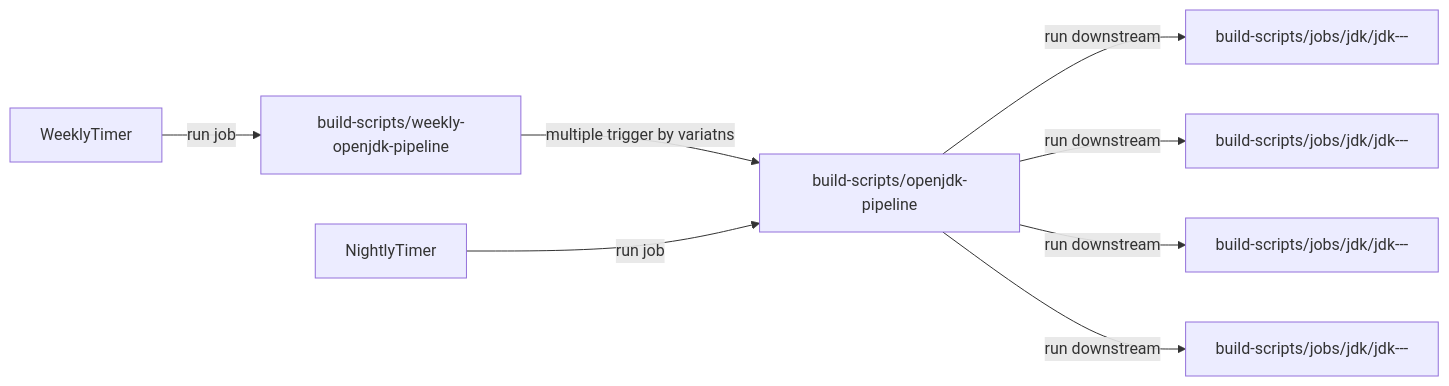
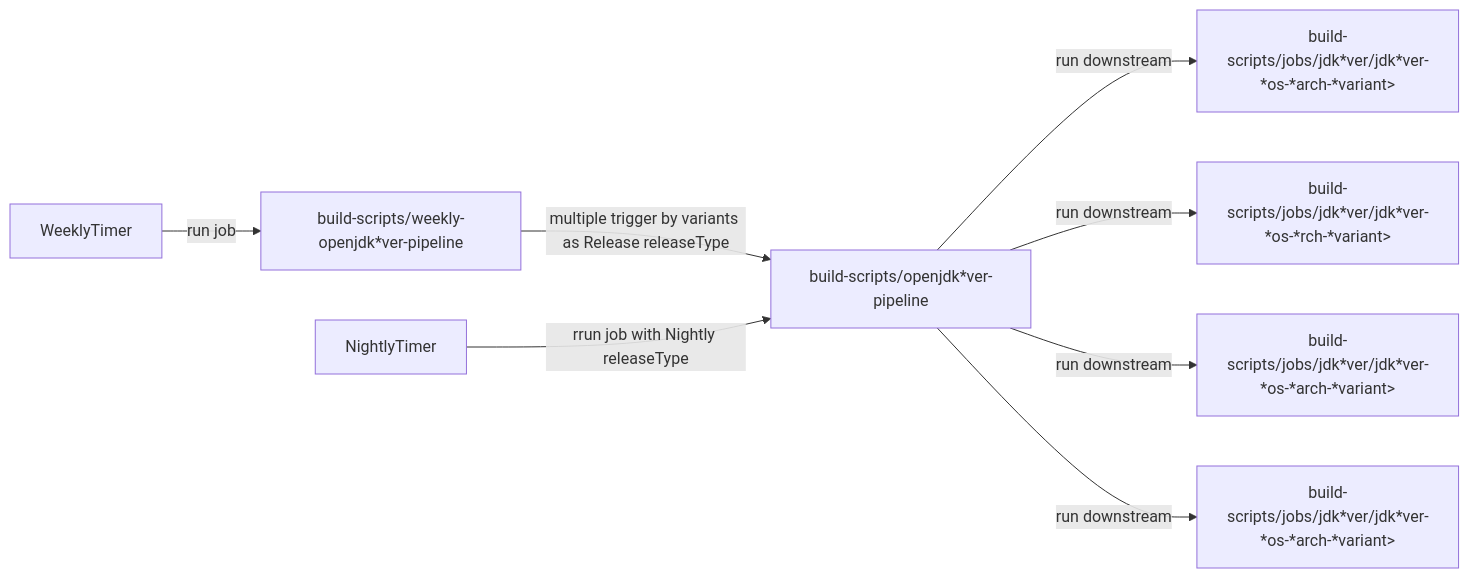
The fifth of 9 diagrams in docs/diagram.md (adoptium/ci-jenkins-pipelines), drawn with Mermaid before and after one commit. The commit also changed other lines of this file and 1 other file, not shown here.

````diff
--- a/docs/diagram.md
+++ b/docs/diagram.md
@@ -50,11 +50,11 @@
 ```mermaid
 flowchart  LR  
-WeeklyTimer --run job--> PipelineW[build-scripts/weekly-openjdk<ver>-pipeline]
-PipelineW --multiple trigger by variatns--> PipelineN[build-scripts/openjdk<ver>-pipeline]
-NightlyTimer --run job--> PipelineN
+WeeklyTimer --run job--> PipelineW[build-scripts/weekly-openjdk*ver-pipeline]
+PipelineW --multiple trigger by variants as Release releaseType--> PipelineN[build-scripts/openjdk*ver-pipeline]
+NightlyTimer --rrun job with Nightly releaseType--> PipelineN
 
-PipelineN --run downstream--> DS1[build-scripts/jobs/jdk<ver>/jdk<ver>-<os>-<arch>-<variant>]
-PipelineN --run downstream--> DS2[build-scripts/jobs/jdk<ver>/jdk<ver>-<os>-<arch>-<variant>]
-PipelineN --run downstream --> DS3[build-scripts/jobs/jdk<ver>/jdk<ver>-<os>-<arch>-<variant>]
-PipelineN --run downstream --> DS12[build-scripts/jobs/jdk<ver>/jdk<ver>-<os>-<arch>-<variant>]
+PipelineN --run downstream--> DS1[build-scripts/jobs/jdk*ver/jdk*ver-*os-*arch-*variant>]
+PipelineN --run downstream--> DS2[build-scripts/jobs/jdk*ver/jdk*ver-*os-*rch-*variant>]
+PipelineN --run downstream --> DS3[build-scripts/jobs/jdk*ver/jdk*ver-*os-*arch-*variant>]
+PipelineN --run downstream --> DS12[build-scripts/jobs/jdk*ver/jdk*ver-*os-*arch-*variant>]
 ```
````
